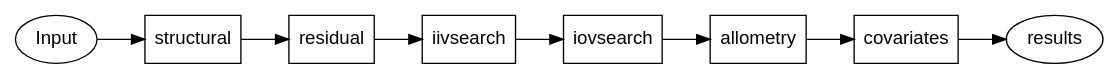
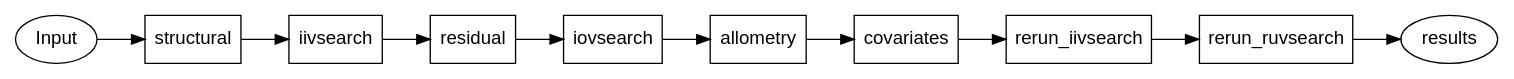
The second of 2 diagrams in docs/amd.rst (pharmpy/pharmpy), drawn with Graphviz before and after one commit. The commit also changed other lines of this file and 5 other files, not shown here.

```diff
--- a/docs/amd.rst
+++ b/docs/amd.rst
@@ -234,22 +238,26 @@
 .. graphviz::
 
     digraph BST {
             node [fontname="Arial",shape="rect"];
             rankdir="LR";
             base [label="Input", shape="oval"]
             s0 [label="structural"]
-            s1 [label="residual"]
-            s2 [label="iivsearch"]
+            s1 [label="iivsearch"]
+            s2 [label="residual"]
             s3 [label="iovsearch"]
             s4 [label="allometry"]
             s5 [label="covariates"]
-            s6 [label="results", shape="oval"]
+            s6 [label="rerun_iivsearch"]
+            s7 [label="rerun_ruvsearch"]
+            s8 [label="results", shape="oval"]
 
             base -> s0
             s0 -> s1
             s1 -> s2
             s2 -> s3
             s3 -> s4
             s4 -> s5
             s5 -> s6
+            s6 -> s7
+            s7 -> s8
         }
```
